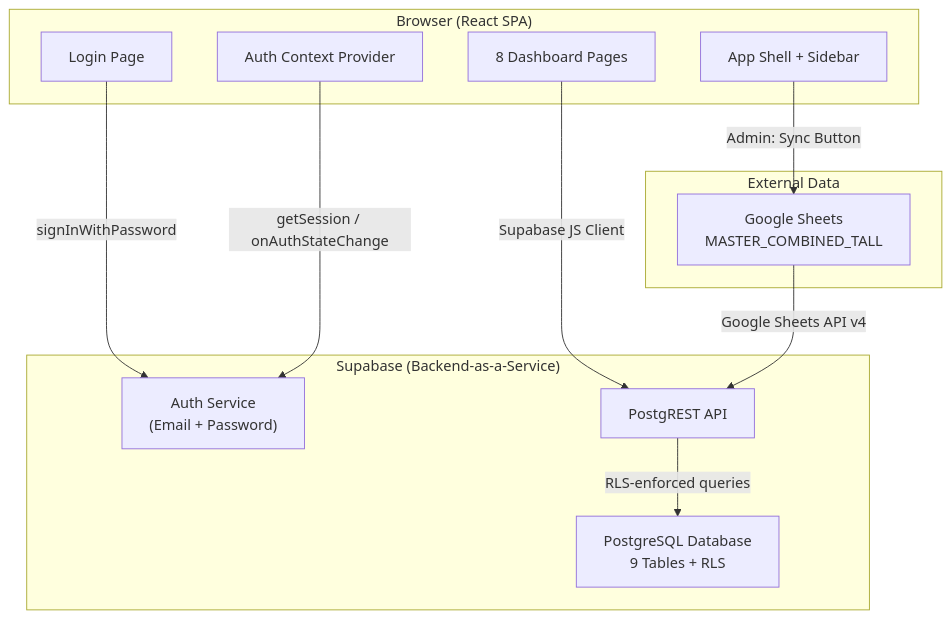
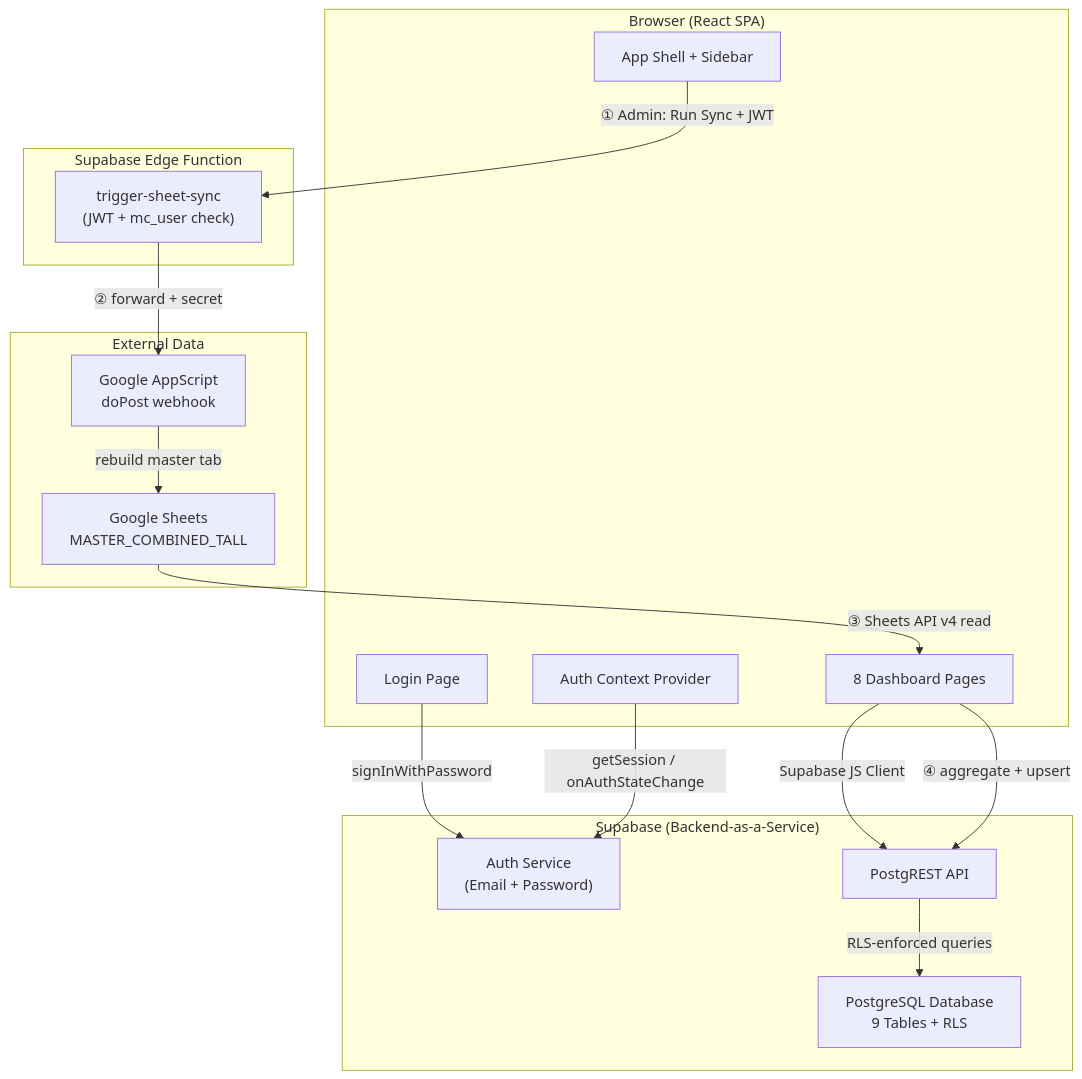
The first of 5 diagrams in SYSTEM_REPORT.md (SashenM001/asl-finance-hub), drawn with Mermaid before and after one commit. The commit also changed other lines of this file and 4 other files, not shown here.

First line of the commit message:
docs: document and reconcile the two-step Google Sheets sync pipeline

````diff
--- a/SYSTEM_REPORT.md
+++ b/SYSTEM_REPORT.md
@@ -27,26 +35,34 @@
 ```mermaid
 graph TB
     subgraph Client ["Browser (React SPA)"]
         Login["Login Page"]
         AppShell["App Shell + Sidebar"]
         Pages["8 Dashboard Pages"]
         Auth["Auth Context Provider"]
     end
 
     subgraph Supabase ["Supabase (Backend-as-a-Service)"]
         AuthSvc["Auth Service<br/>(Email + Password)"]
         PostgREST["PostgREST API"]
         Postgres["PostgreSQL Database<br/>9 Tables + RLS"]
     end
 
+    subgraph Edge ["Supabase Edge Function"]
+        Trigger["trigger-sheet-sync<br/>(JWT + mc_user check)"]
+    end
+
     subgraph External ["External Data"]
+        AppScript["Google AppScript<br/>doPost webhook"]
         GSheets["Google Sheets<br/>MASTER_COMBINED_TALL"]
     end
 
     Login -->|signInWithPassword| AuthSvc
     Auth -->|getSession / onAuthStateChange| AuthSvc
     Pages -->|Supabase JS Client| PostgREST
     PostgREST -->|RLS-enforced queries| Postgres
-    AppShell -->|Admin: Sync Button| GSheets
-    GSheets -->|Google Sheets API v4| PostgREST
+    AppShell -->|① Admin: Run Sync + JWT| Trigger
+    Trigger -->|② forward + secret| AppScript
+    AppScript -->|rebuild master tab| GSheets
+    GSheets -->|③ Sheets API v4 read| Pages
+    Pages -->|④ aggregate + upsert| PostgREST
 ```
````
